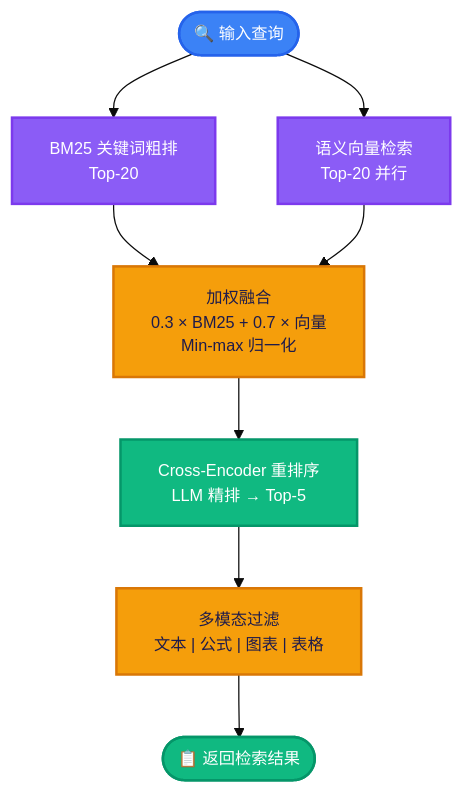
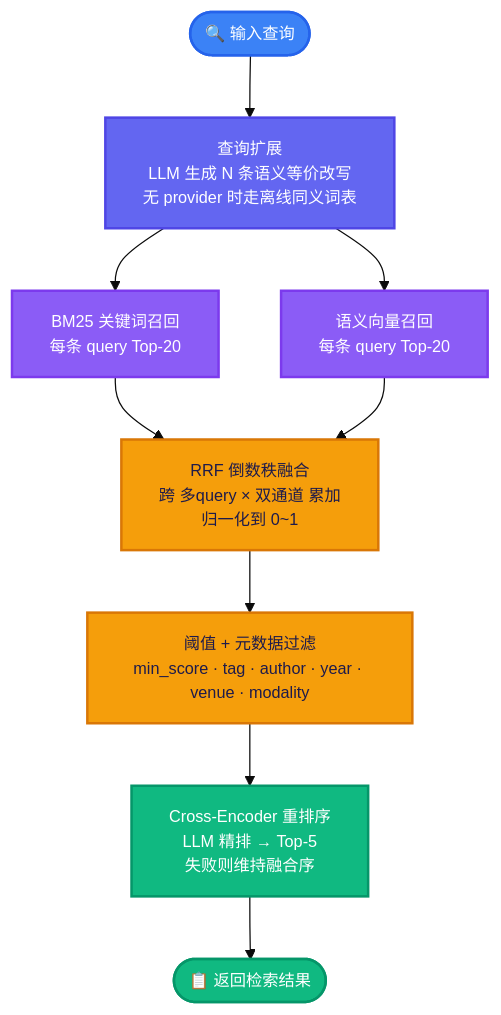
Before and after one commit to silver4444-xs/silver_research_bot: the fifth of 5 diagrams in docs/用户指南.md, drawn with Mermaid. The commit also changed other lines of this file and 11 other files, not shown here.

````diff
--- a/docs/用户指南.md
+++ b/docs/用户指南.md
@@ -380,19 +381,22 @@
 ```mermaid
 %%{init: {'theme':'base', 'themeVariables': { 'fontSize':'13px','fontFamily':'system-ui, sans-serif' }}}%%
 flowchart TD
-    Q(["🔍 输入查询"]):::entry --> BM25["BM25 关键词粗排<br/>Top-20"]:::analysis
-    Q --> VEC["语义向量检索<br/>Top-20 并行"]:::analysis
+    Q(["🔍 输入查询"]):::entry --> EXPAND["查询扩展<br/>LLM 生成 N 条语义等价改写<br/>无 provider 时走离线同义词表"]:::process
 
-    BM25 --> FUSE["加权融合<br/>0.3 × BM25 + 0.7 × 向量<br/>Min-max 归一化"]:::output
+    EXPAND --> BM25["BM25 关键词召回<br/>每条 query Top-20"]:::analysis
+    EXPAND --> VEC["语义向量召回<br/>每条 query Top-20"]:::analysis
+
+    BM25 --> FUSE["RRF 倒数秩融合<br/>跨 多query × 双通道 累加<br/>归一化到 0~1"]:::output
     VEC --> FUSE
 
-    FUSE --> RERANK["Cross-Encoder 重排序<br/>LLM 精排 → Top-5"]:::done
+    FUSE --> FILTER["阈值 + 元数据过滤<br/>min_score · tag · author · year · venue · modality"]:::output
 
-    RERANK --> FILTER["多模态过滤<br/>文本 | 公式 | 图表 | 表格"]:::output
-    FILTER --> RESULT(["📋 返回检索结果"]):::done
+    FILTER --> RERANK["Cross-Encoder 重排序<br/>LLM 精排 → Top-5<br/>失败则维持融合序"]:::done
+    RERANK --> RESULT(["📋 返回检索结果"]):::done
 
     classDef entry fill:#3b82f6,stroke:#2563eb,color:#fff,stroke-width:2px
+    classDef process fill:#6366f1,stroke:#4f46e5,color:#fff,stroke-width:2px
     classDef analysis fill:#8b5cf6,stroke:#7c3aed,color:#fff,stroke-width:2px
     classDef output fill:#f59e0b,stroke:#d97706,color:#1e1b4b,stroke-width:2px
     classDef done fill:#10b981,stroke:#059669,color:#fff,stroke-width:2px
 ```
````
